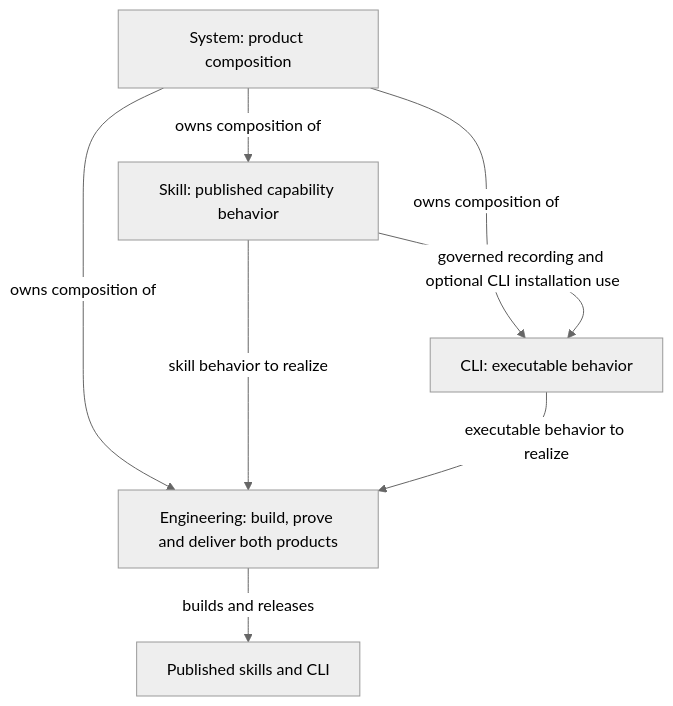
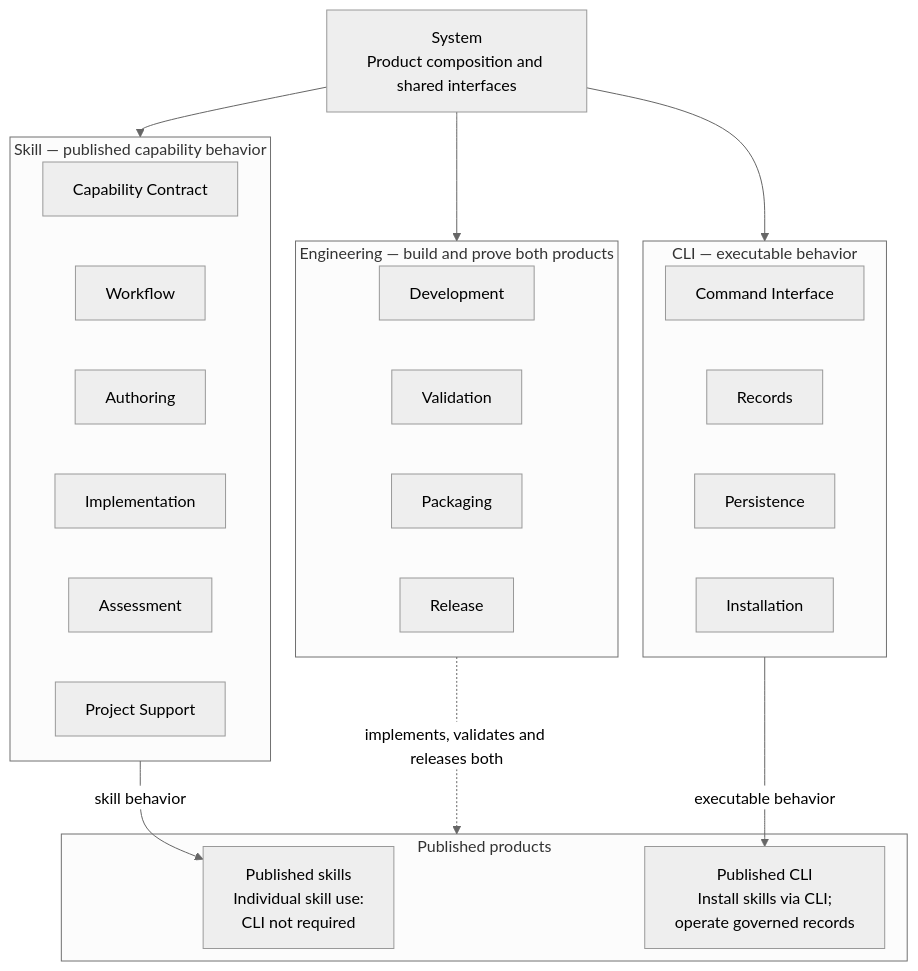
One commit to xiongxianfei/rigorloop changed the first of 2 diagrams in docs/design/system.md. Above: the diagram before and after it, drawn with Mermaid (neutral theme). The commit also changed other lines of this file and 4 other files, not shown here.

Commit message:
design: retain structural overview alongside system delivery flow

````diff
--- a/docs/design/system.md
+++ b/docs/design/system.md
@@ -17,14 +17,47 @@
 ```mermaid
+%%{init: {"flowchart": {"rankSpacing": 25, "nodeSpacing": 25}}}%%
 flowchart TB
-    System["System: product composition"]
-    Skill["Skill: published capability behavior"]
-    CLI["CLI: executable behavior"]
-    Engineering["Engineering: build, prove and deliver both products"]
-    System -->|"owns composition of"| Skill
-    System -->|"owns composition of"| CLI
-    System -->|"owns composition of"| Engineering
-    Skill -->|"governed recording and optional CLI installation use"| CLI
-    Skill -->|"skill behavior to realize"| Engineering
-    CLI -->|"executable behavior to realize"| Engineering
-    Engineering -->|"builds and releases"| Products["Published skills and CLI"]
+    System["System<br/>Product composition and shared interfaces"]
+
+    subgraph Skill["Skill — published capability behavior"]
+        direction TB
+        S1["Capability Contract"]
+        S2["Workflow"]
+        S3["Authoring"]
+        S4["Implementation"]
+        S5["Assessment"]
+        S6["Project Support"]
+        S1 ~~~ S2 ~~~ S3 ~~~ S4 ~~~ S5 ~~~ S6
+    end
+
+    subgraph CLI["CLI — executable behavior"]
+        direction TB
+        C1["Command Interface"]
+        C2["Records"]
+        C3["Persistence"]
+        C4["Installation"]
+        C1 ~~~ C2 ~~~ C3 ~~~ C4
+    end
+
+    subgraph Engineering["Engineering — build and prove both products"]
+        direction TB
+        E1["Development"]
+        E2["Validation"]
+        E3["Packaging"]
+        E4["Release"]
+        E1 ~~~ E2 ~~~ E3 ~~~ E4
+    end
+
+    System --> Skill
+    System --> CLI
+    System --> Engineering
+
+    subgraph Products["Published products"]
+        PublishedSkills["Published skills<br/>Individual skill use:<br/>CLI not required"]
+        PublishedCLI["Published CLI<br/>Install skills via CLI;<br/>operate governed records"]
+    end
+    Skill -->|"skill behavior"| PublishedSkills
+    CLI -->|"executable behavior"| PublishedCLI
+    Engineering -.->|"implements, validates and releases both"| Products
+
 ```
````
